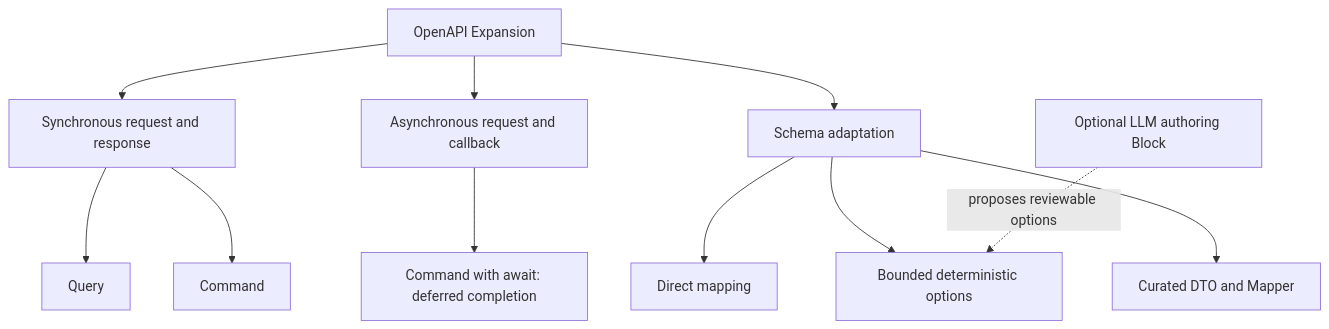
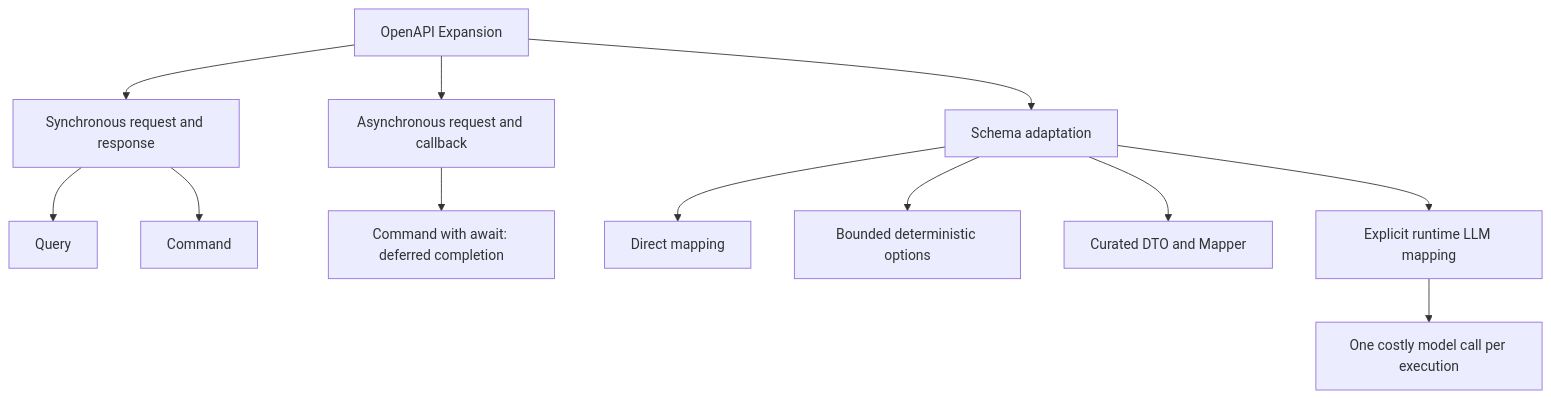
Before and after one commit to The-Pipeline-Framework/pipelineframework: the second of 2 diagrams in docs/value/saas-integration.md, drawn with Mermaid. The commit also changed other lines of this file and 13 other files, not shown here.

````diff
--- a/docs/value/saas-integration.md
+++ b/docs/value/saas-integration.md
@@ -75,14 +75,15 @@
 ```mermaid
 flowchart TB
     O[OpenAPI Expansion]
     O --> S[Synchronous request and response]
     S --> Q[Query]
     S --> C[Command]
     O --> AC[Asynchronous request and callback]
     AC --> CA[Command with await: deferred completion]
     O --> SA[Schema adaptation]
     SA --> DM[Direct mapping]
     SA --> BO[Bounded deterministic options]
     SA --> DF[Curated DTO and Mapper]
-    LP[Optional LLM authoring Block] -. proposes reviewable options .-> BO
+    SA --> RL[Explicit runtime LLM mapping]
+    RL --> EC[One costly model call per execution]
 ```
````
